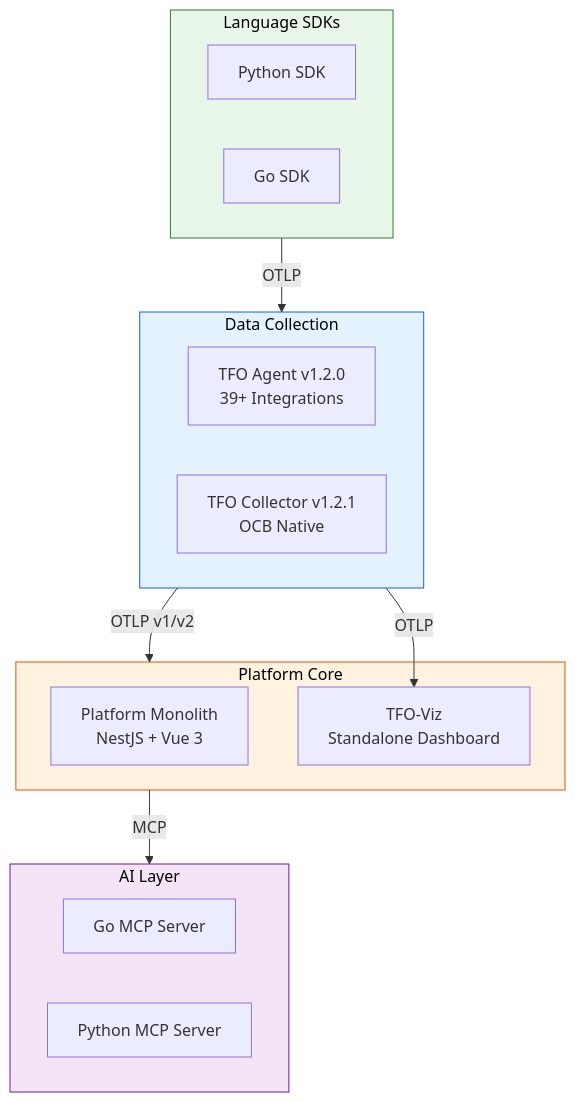
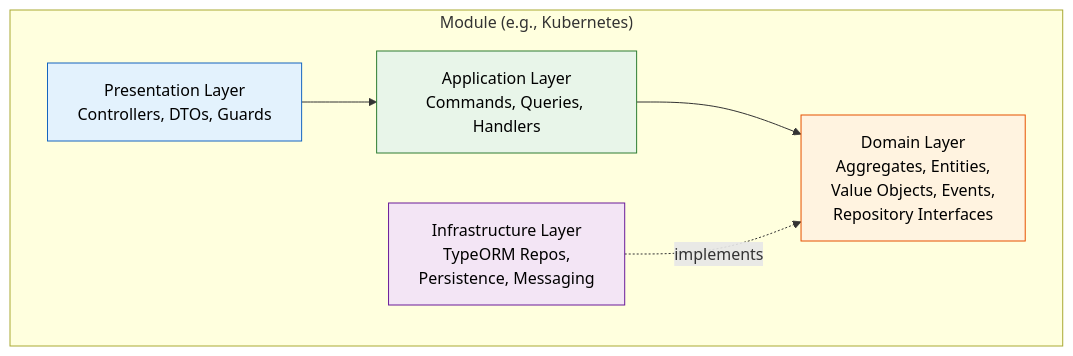
Before and after one commit to telemetryflow/.github: the fifth of 18 diagrams in profile/README.md, drawn with Mermaid. The commit also changed other lines of this file and 19 other files, not shown here.

````diff
--- a/profile/README.md
+++ b/profile/README.md
@@ -57,32 +536,18 @@
 ```mermaid
 graph TB
-    subgraph SDKs["Language SDKs"]
-        PYSDK["Python SDK"]
-        GOSDK["Go SDK"]
+    subgraph Module["Module (e.g., Kubernetes)"]
+        PRE["Presentation Layer<br/>Controllers, DTOs, Guards"]
+        APP["Application Layer<br/>Commands, Queries, Handlers"]
+        DOM["Domain Layer<br/>Aggregates, Entities,<br/>Value Objects, Events,<br/>Repository Interfaces"]
+        INF["Infrastructure Layer<br/>TypeORM Repos,<br/>Persistence, Messaging"]
     end
 
-    subgraph Collection["Data Collection"]
-        AGENT["TFO Agent v1.2.0<br/>39+ Integrations"]
-        COLLECTOR["TFO Collector v1.2.1<br/>OCB Native"]
-    end
+    PRE --> APP
+    APP --> DOM
+    INF -.->|"implements"| DOM
 
-    subgraph Platform["Platform Core"]
-        MONO["Platform Monolith<br/>NestJS + Vue 3"]
-        VIZ["TFO-Viz<br/>Standalone Dashboard"]
-    end
-
-    subgraph AI["AI Layer"]
-        GOMCP["Go MCP Server"]
-        PYMCP["Python MCP Server"]
-    end
-
-    SDKs -->|"OTLP"| Collection
-    Collection -->|"OTLP v1/v2"| Platform
-    Collection -->|"OTLP"| VIZ
-    Platform -->|"MCP"| AI
-
-    style SDKs fill:#e8f5e9,stroke:#2e7d32,color:#000
-    style Collection fill:#e3f2fd,stroke:#1565c0,color:#000
-    style Platform fill:#fff3e0,stroke:#e65100,color:#000
-    style AI fill:#f3e5f5,stroke:#6a1b9a,color:#000
+    style PRE fill:#e3f2fd,stroke:#1565c0,color:#000
+    style APP fill:#e8f5e9,stroke:#2e7d32,color:#000
+    style DOM fill:#fff3e0,stroke:#e65100,color:#000
+    style INF fill:#f3e5f5,stroke:#6a1b9a,color:#000
 ```
````
